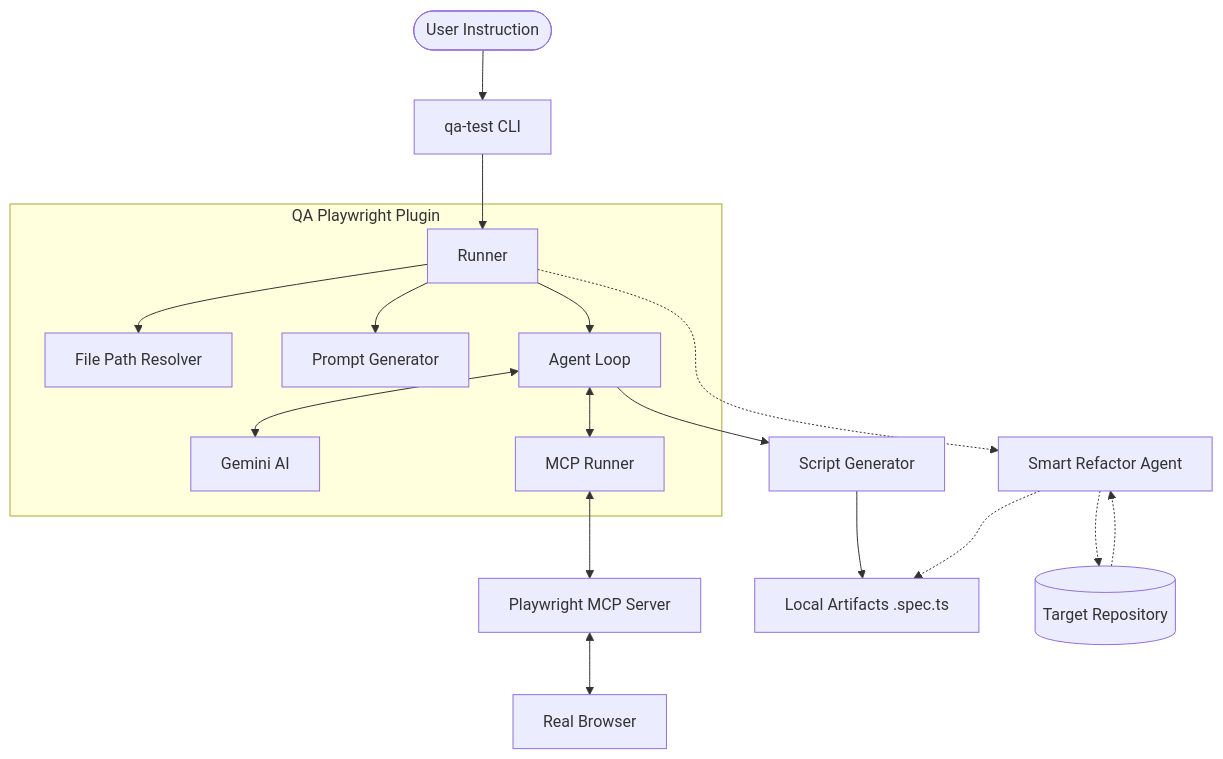
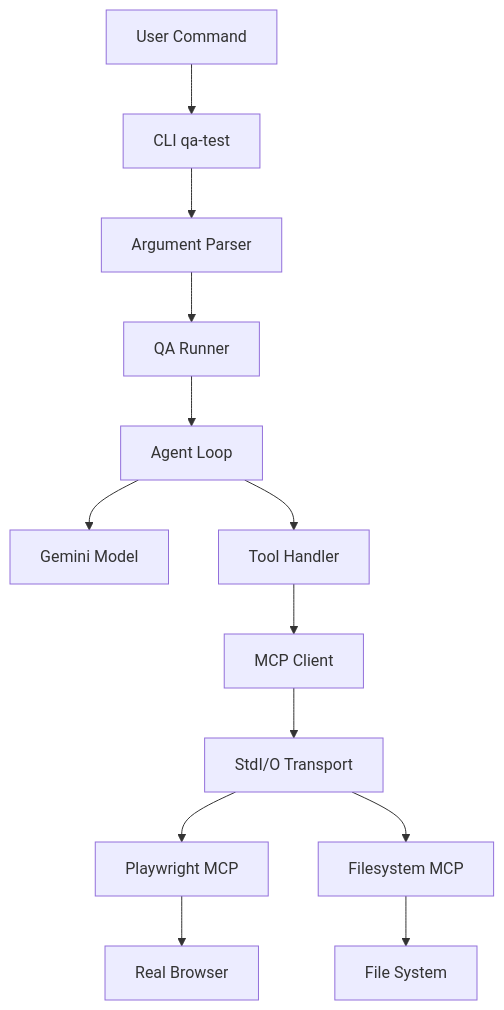
The second of 13 diagrams in README.md (Lochan-Vishwanath/QA-Playwright-Plugin), drawn with Mermaid before and after one commit. The commit also changed other lines of this file, not shown here.

Commit message:
docs: rewrite README with Mermaid diagrams and fix code block closures

````diff
--- a/README.md
+++ b/README.md
@@ -211,25 +44,15 @@
 ```mermaid
-graph TD
-    User([User Instruction]) --> CLI[qa-test CLI]
-    CLI --> Runner[Runner]
-    
-    subgraph "QA Playwright Plugin"
-        Runner --> FileResolve[File Path Resolver]
-        Runner --> PromptGen[Prompt Generator]
-        Runner --> AgentLoop[Agent Loop]
-        
-        AgentLoop <--> Gemini[Gemini AI]
-        AgentLoop <--> MCP[MCP Runner]
-    end
-    
-    MCP <--> PlaywrightMCP[Playwright MCP Server]
-    PlaywrightMCP <--> Browser[Real Browser]
-    
-    AgentLoop --> ScriptGen[Script Generator]
-    ScriptGen --> Output[Local Artifacts .spec.ts]
-    
-    Runner -.-> RefactorAgent[Smart Refactor Agent]
-    RefactorAgent -.-> TargetRepo[(Target Repository)]
-    TargetRepo -.-> RefactorAgent
-    RefactorAgent -.-> Output
+graph TB
+    UI[User Command] --> CLI[CLI qa-test]
+    CLI --> ARGS[Argument Parser]
+    ARGS --> RUNNER[QA Runner]
+    RUNNER --> AGENT[Agent Loop]
+    AGENT --> GEMINI[Gemini Model]
+    AGENT --> TOOLS[Tool Handler]
+    TOOLS --> MCP[MCP Client]
+    MCP --> TRANSPORT[StdI/O Transport]
+    TRANSPORT --> PWSERVER[Playwright MCP]
+    TRANSPORT --> FSSERVER[Filesystem MCP]
+    PWSERVER --> BROWSER[Real Browser]
+    FSSERVER --> FILES[File System]
 ```
````
